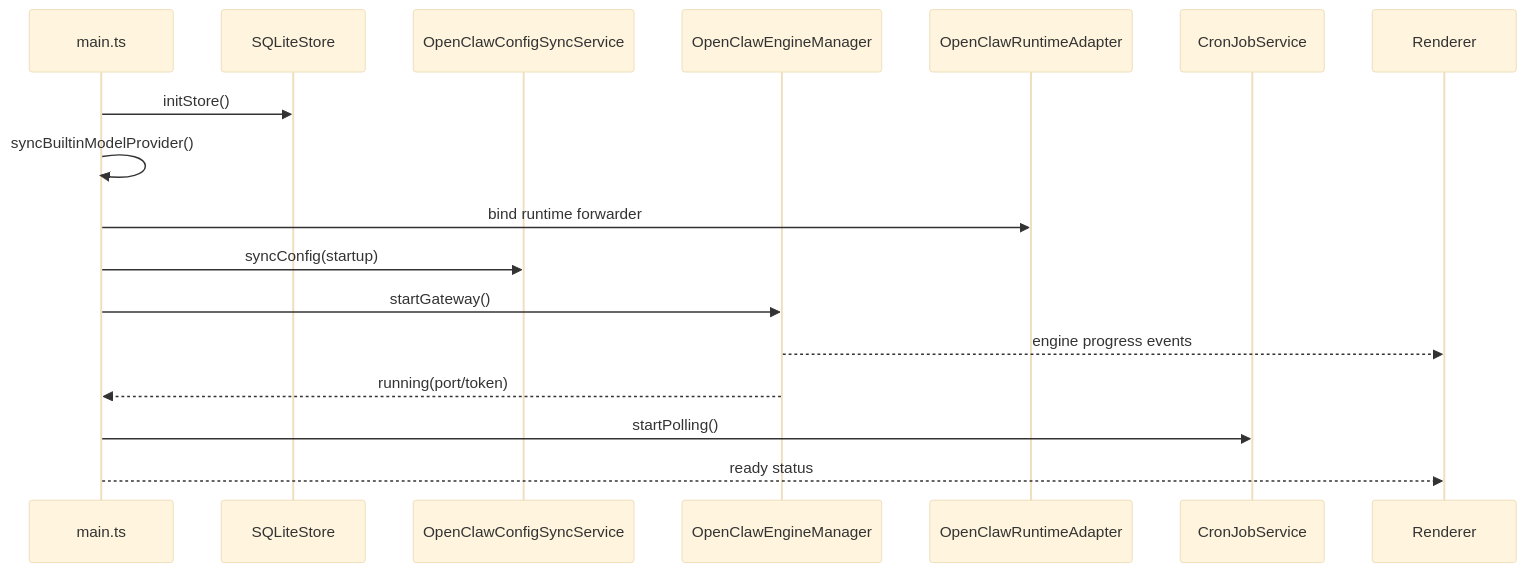
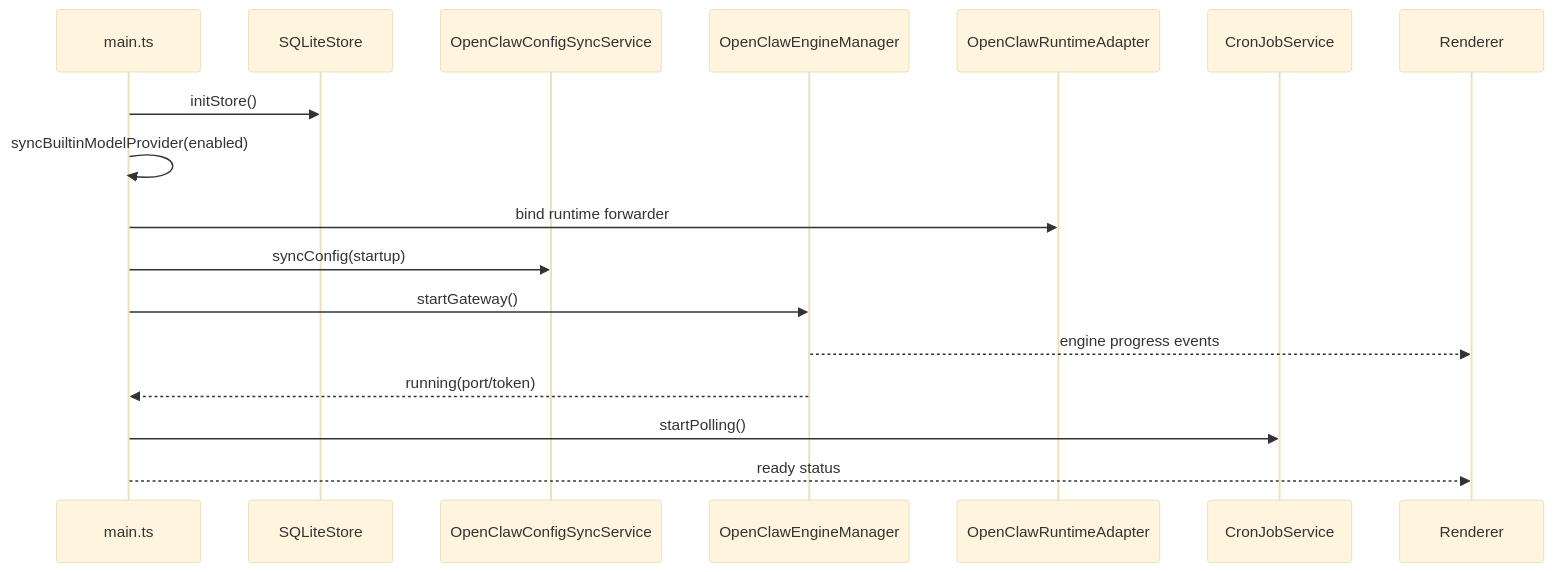
One commit to liangxhao/JustDo changed the second of 3 diagrams in docs/architecture/05-agent-engine.md. Above: the diagram before and after it, drawn with Mermaid (base theme). The commit also changed other lines of this file and 10 other files, not shown here.

````diff
--- a/docs/architecture/05-agent-engine.md
+++ b/docs/architecture/05-agent-engine.md
@@ -54,20 +54,20 @@
 ```mermaid
 sequenceDiagram
   participant Main as main.ts
   participant DB as SQLiteStore
   participant Config as OpenClawConfigSyncService
   participant Manager as OpenClawEngineManager
   participant Adapter as OpenClawRuntimeAdapter
   participant Cron as CronJobService
   participant UI as Renderer
 
   Main->>DB: initStore()
-  Main->>Main: syncBuiltinModelProvider()
+  Main->>Main: syncBuiltinModelProvider(enabled)
   Main->>Adapter: bind runtime forwarder
   Main->>Config: syncConfig(startup)
   Main->>Manager: startGateway()
   Manager-->>UI: engine progress events
   Manager-->>Main: running(port/token)
   Main->>Cron: startPolling()
   Main-->>UI: ready status
 ```
````
